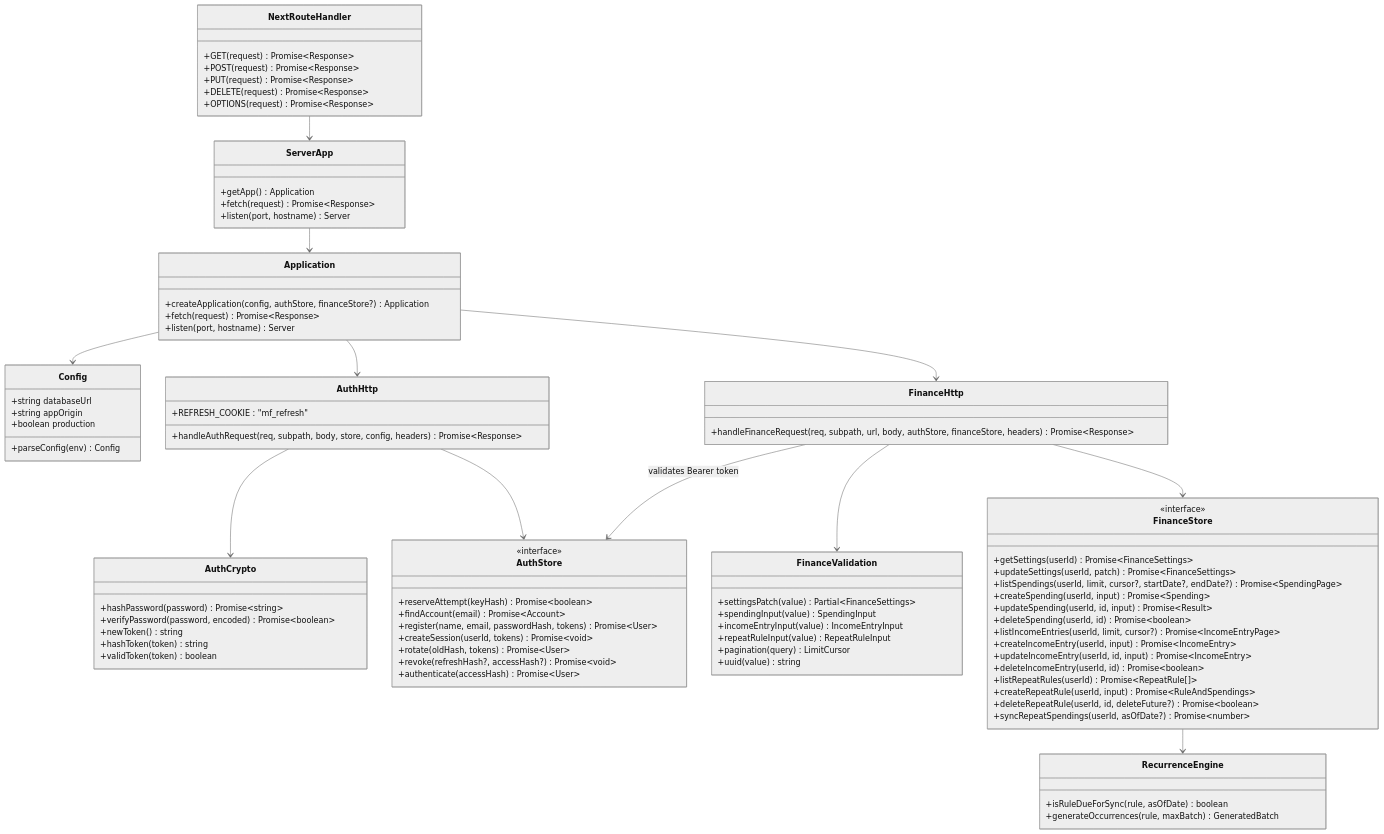
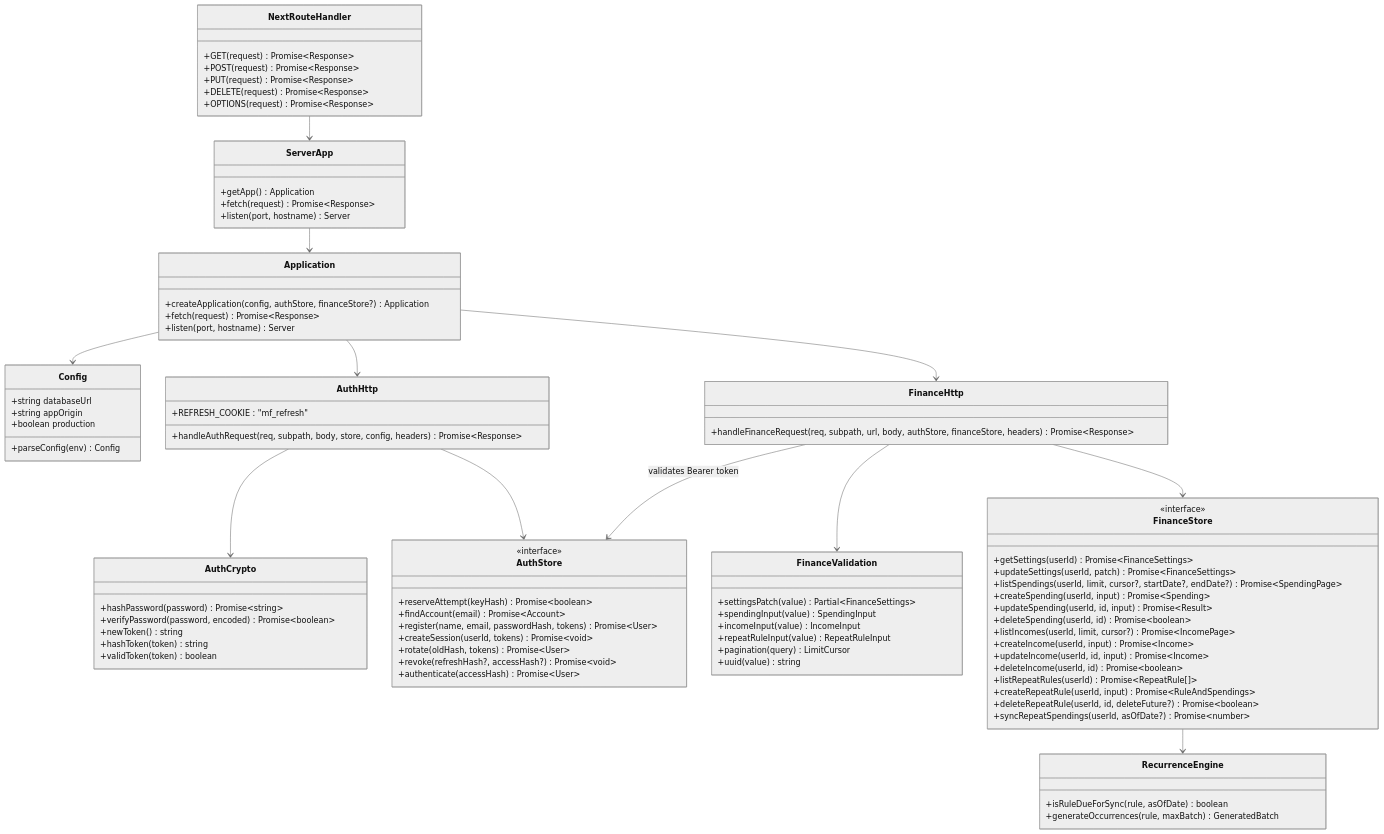
Before and after one commit to nnminh-sam/my_finance: the fourth of 5 diagrams in docs/04-source-code-architecture.md, drawn with Mermaid (neutral theme). The commit also changed other lines of this file and 51 other files, not shown here.

```diff
--- a/docs/04-source-code-architecture.md
+++ b/docs/04-source-code-architecture.md
@@ -287,7 +306,7 @@
     class FinanceValidation {
         +settingsPatch(value) Partial~FinanceSettings~
         +spendingInput(value) SpendingInput
-        +incomeEntryInput(value) IncomeEntryInput
+        +incomeInput(value) IncomeInput
         +repeatRuleInput(value) RepeatRuleInput
         +pagination(query) LimitCursor
         +uuid(value) string
@@ -301,10 +320,10 @@
         +createSpending(userId, input) Promise~Spending~
         +updateSpending(userId, id, input) Promise~Result~
         +deleteSpending(userId, id) Promise~boolean~
-        +listIncomeEntries(userId, limit, cursor?) Promise~IncomeEntryPage~
-        +createIncomeEntry(userId, input) Promise~IncomeEntry~
-        +updateIncomeEntry(userId, id, input) Promise~IncomeEntry~
-        +deleteIncomeEntry(userId, id) Promise~boolean~
+        +listIncomes(userId, limit, cursor?) Promise~IncomePage~
+        +createIncome(userId, input) Promise~Income~
+        +updateIncome(userId, id, input) Promise~Income~
+        +deleteIncome(userId, id) Promise~boolean~
         +listRepeatRules(userId) Promise~RepeatRule[]~
         +createRepeatRule(userId, input) Promise~RuleAndSpendings~
         +deleteRepeatRule(userId, id, deleteFuture?) Promise~boolean~
```
